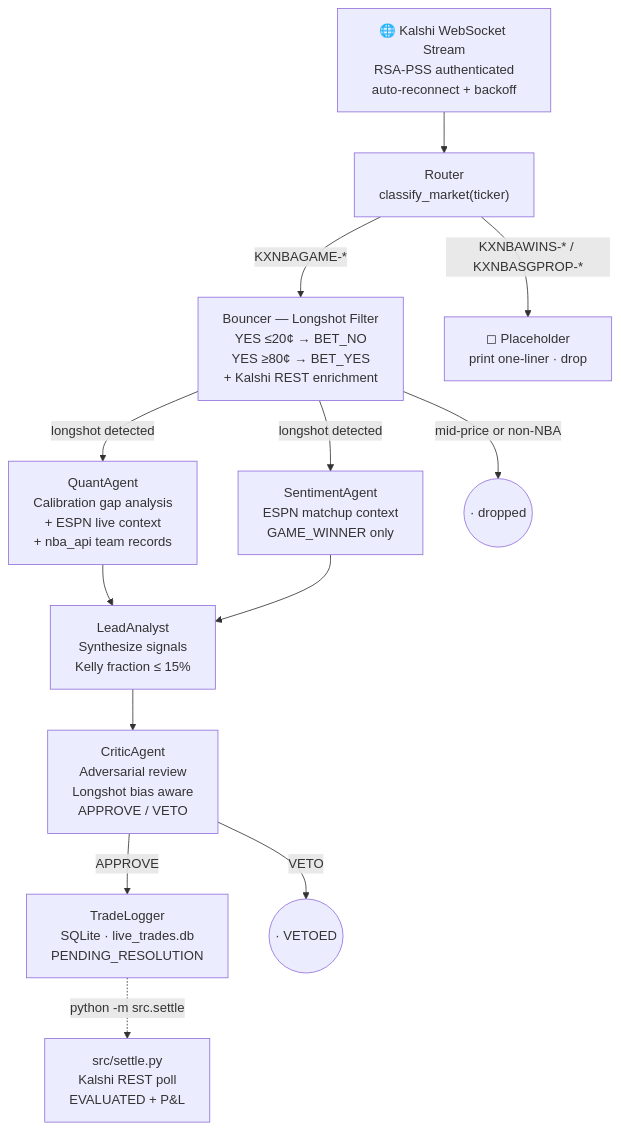
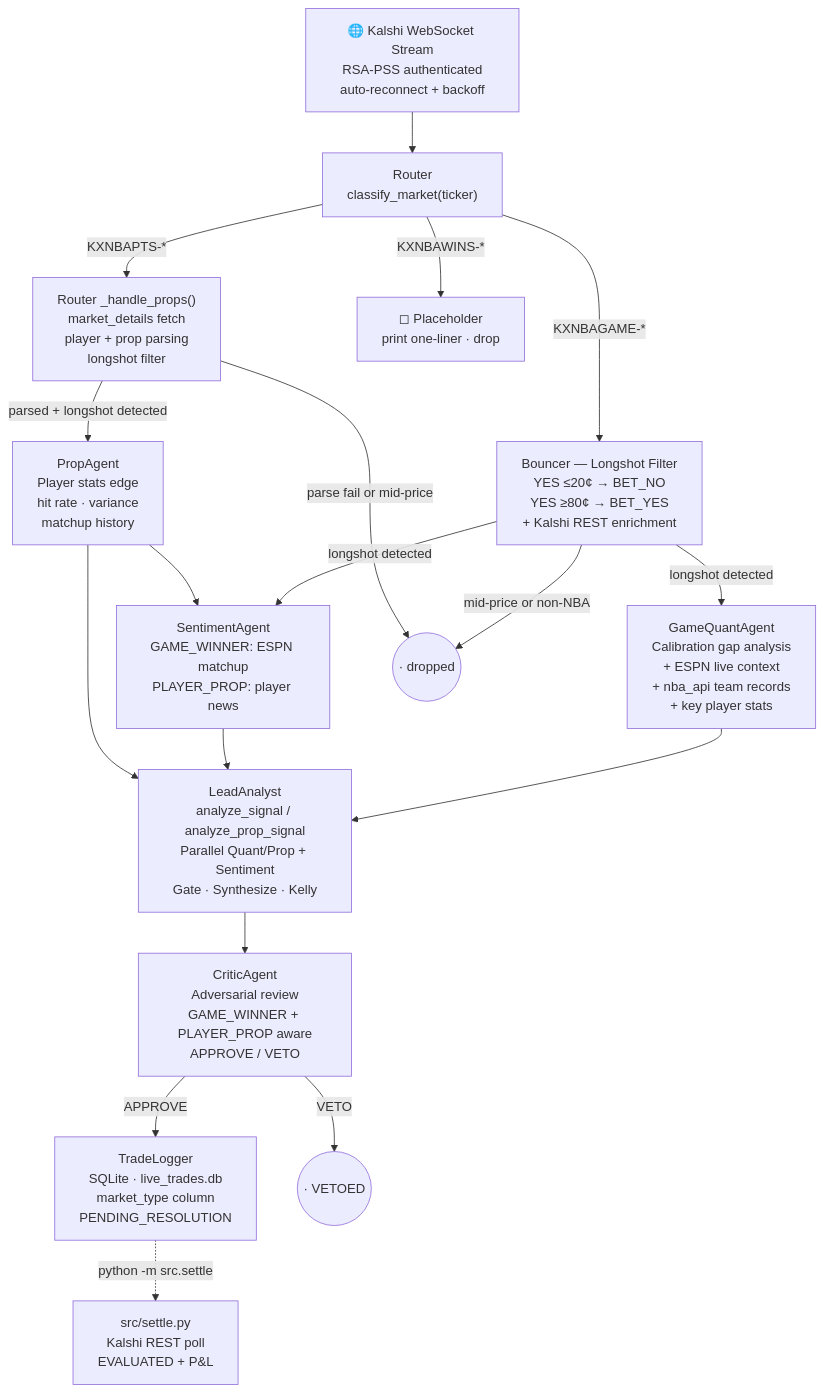
Before and after one commit to jacobhuynh/p2p-trade-bot: the diagram in README.md, drawn with Mermaid. The commit also changed other lines of this file and 22 other files, not shown here.

Commit message:
updated with player props pipeline + player stats for h2h games

````diff
--- a/README.md
+++ b/README.md
@@ -30,28 +36,35 @@
 ```mermaid
 flowchart TD
     WS["🌐 Kalshi WebSocket Stream<br/>RSA-PSS authenticated<br/>auto-reconnect + backoff"]
     ROUTER["Router<br/>classify_market(ticker)"]
     BOUNCER["Bouncer — Longshot Filter<br/>YES ≤20¢ → BET_NO<br/>YES ≥80¢ → BET_YES<br/>+ Kalshi REST enrichment"]
-    QUANT["QuantAgent<br/>Calibration gap analysis<br/>+ ESPN live context<br/>+ nba_api team records"]
-    SENTIMENT["SentimentAgent<br/>ESPN matchup context<br/>GAME_WINNER only"]
-    ORCH["LeadAnalyst<br/>Synthesize signals<br/>Kelly fraction ≤ 15%"]
-    CRITIC["CriticAgent<br/>Adversarial review<br/>Longshot bias aware<br/>APPROVE / VETO"]
-    LOGGER["TradeLogger<br/>SQLite · live_trades.db<br/>PENDING_RESOLUTION"]
+    PROPPARSE["Router _handle_props()<br/>market_details fetch<br/>player + prop parsing<br/>longshot filter"]
+    QUANT["GameQuantAgent<br/>Calibration gap analysis<br/>+ ESPN live context<br/>+ nba_api team records<br/>+ key player stats"]
+    PROPA["PropAgent<br/>Player stats edge<br/>hit rate · variance<br/>matchup history"]
+    SENTIMENT["SentimentAgent<br/>GAME_WINNER: ESPN matchup<br/>PLAYER_PROP: player news"]
+    ORCH["LeadAnalyst<br/>analyze_signal / analyze_prop_signal<br/>Parallel Quant/Prop + Sentiment<br/>Gate · Synthesize · Kelly"]
+    CRITIC["CriticAgent<br/>Adversarial review<br/>GAME_WINNER + PLAYER_PROP aware<br/>APPROVE / VETO"]
+    LOGGER["TradeLogger<br/>SQLite · live_trades.db<br/>market_type column<br/>PENDING_RESOLUTION"]
     SETTLE["src/settle.py<br/>Kalshi REST poll<br/>EVALUATED + P&L"]
     PLACEHOLDER["◻ Placeholder<br/>print one-liner · drop"]
     DROPPED(("· dropped"))
     VETOD(("· VETOED"))
 
     WS --> ROUTER
     ROUTER -->|"KXNBAGAME-*"| BOUNCER
-    ROUTER -->|"KXNBAWINS-* / KXNBASGPROP-*"| PLACEHOLDER
+    ROUTER -->|"KXNBAPTS-*"| PROPPARSE
+    ROUTER -->|"KXNBAWINS-*"| PLACEHOLDER
     BOUNCER -->|longshot detected| QUANT
     BOUNCER -->|longshot detected| SENTIMENT
     BOUNCER -->|mid-price or non-NBA| DROPPED
+    PROPPARSE -->|parsed + longshot detected| PROPA
+    PROPPARSE -->|parse fail or mid-price| DROPPED
+    PROPA --> SENTIMENT
     QUANT --> ORCH
     SENTIMENT --> ORCH
+    PROPA --> ORCH
     ORCH --> CRITIC
     CRITIC -->|APPROVE| LOGGER
     CRITIC -->|VETO| VETOD
     LOGGER -. "python -m src.settle" .-> SETTLE
 ```
````
